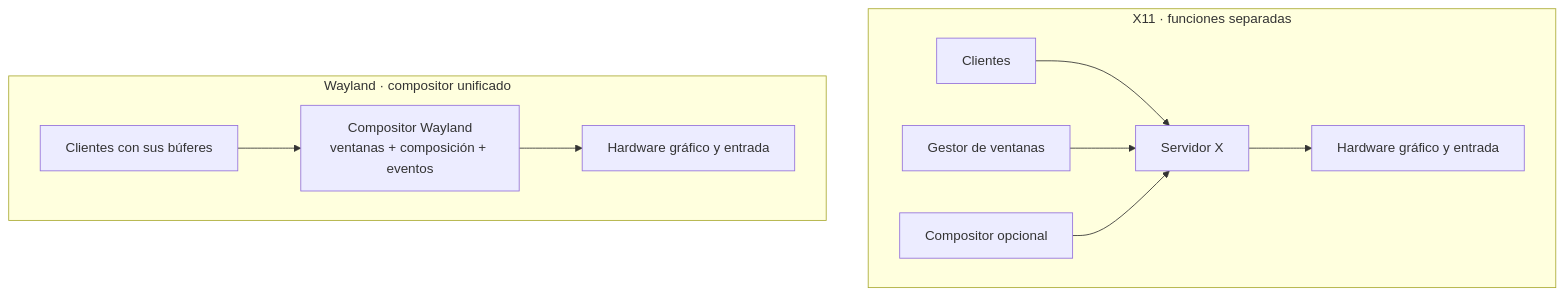
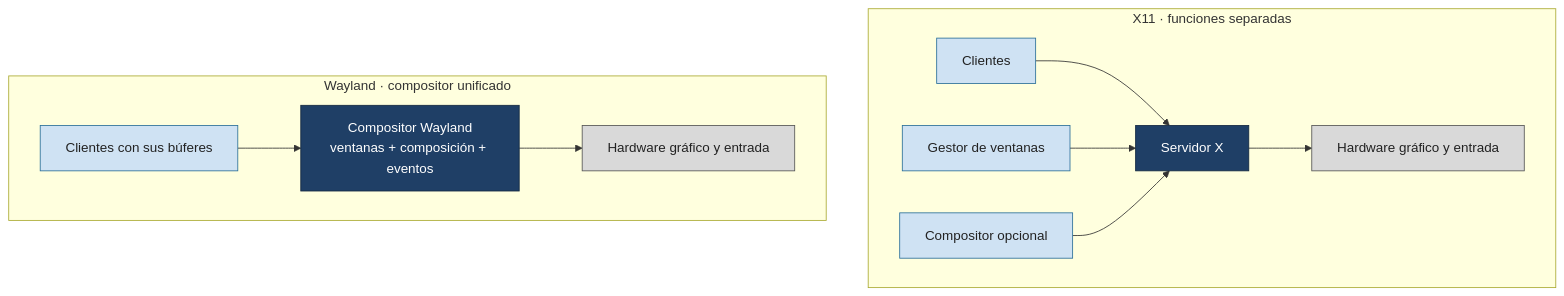
Before and after one commit to asiermarzo/ssoo: the second of 2 diagrams in TEORIA/13-gui/README.md, drawn with Mermaid. The commit also changed other lines of this file and 25 other files, not shown here.

Commit message:
refinado de diagramas mermaid y svg

````diff
--- a/TEORIA/13-gui/README.md
+++ b/TEORIA/13-gui/README.md
@@ -69,13 +89,21 @@
 ```mermaid
 flowchart TB
     subgraph X["X11 · funciones separadas"]
         XA[Clientes] --> XS[Servidor X]
         XW[Gestor de ventanas] --> XS
         XC[Compositor opcional] --> XS
         XS --> XH[Hardware gráfico y entrada]
     end
     subgraph W["Wayland · compositor unificado"]
         WA[Clientes con sus búferes] --> WC["Compositor Wayland<br/>ventanas + composición + eventos"]
         WC --> WH[Hardware gráfico y entrada]
     end
+
+    classDef nucleo fill:#1f3f66,stroke:#132840,color:#ffffff;
+    classDef cliente fill:#cfe2f3,stroke:#2b6f99,color:#222;
+    classDef hardware fill:#d9d9d9,stroke:#555,color:#222;
+
+    class XS,WC nucleo;
+    class XA,XW,XC,WA cliente;
+    class XH,WH hardware;
 ```
````
